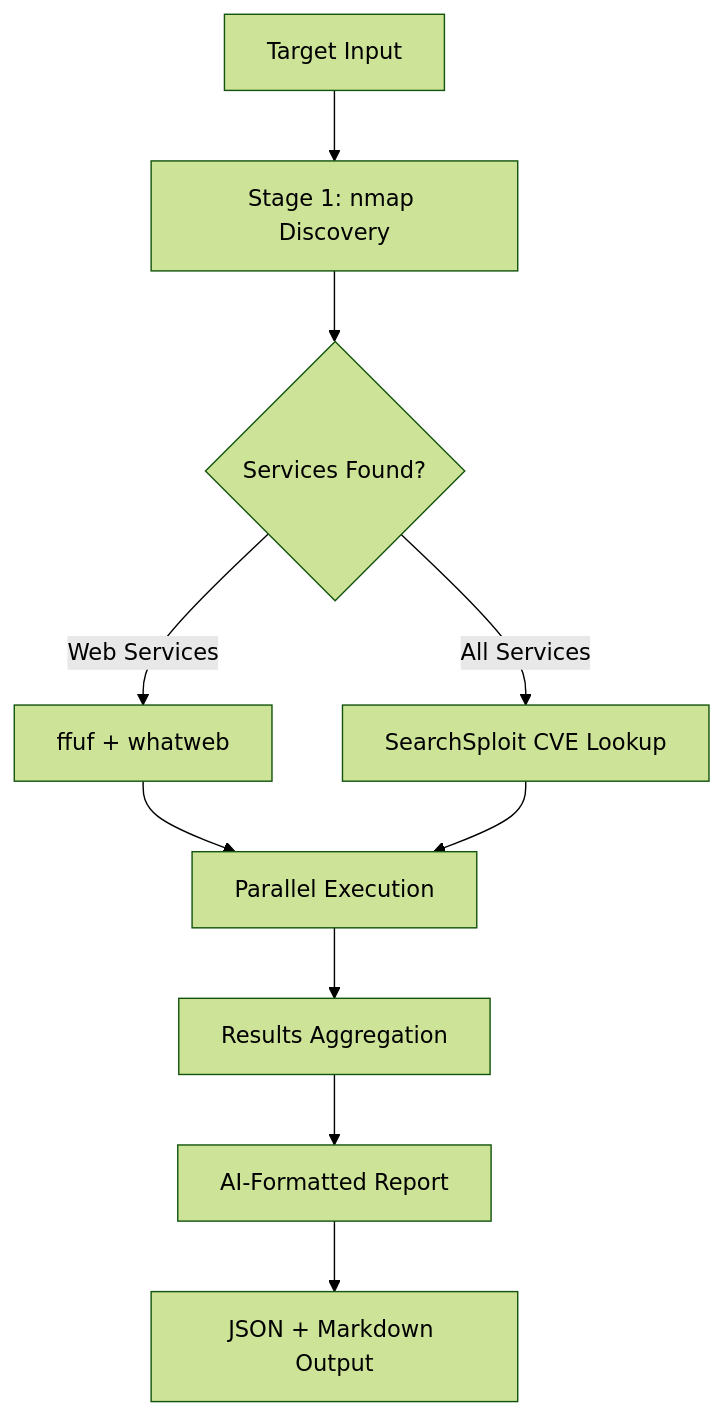
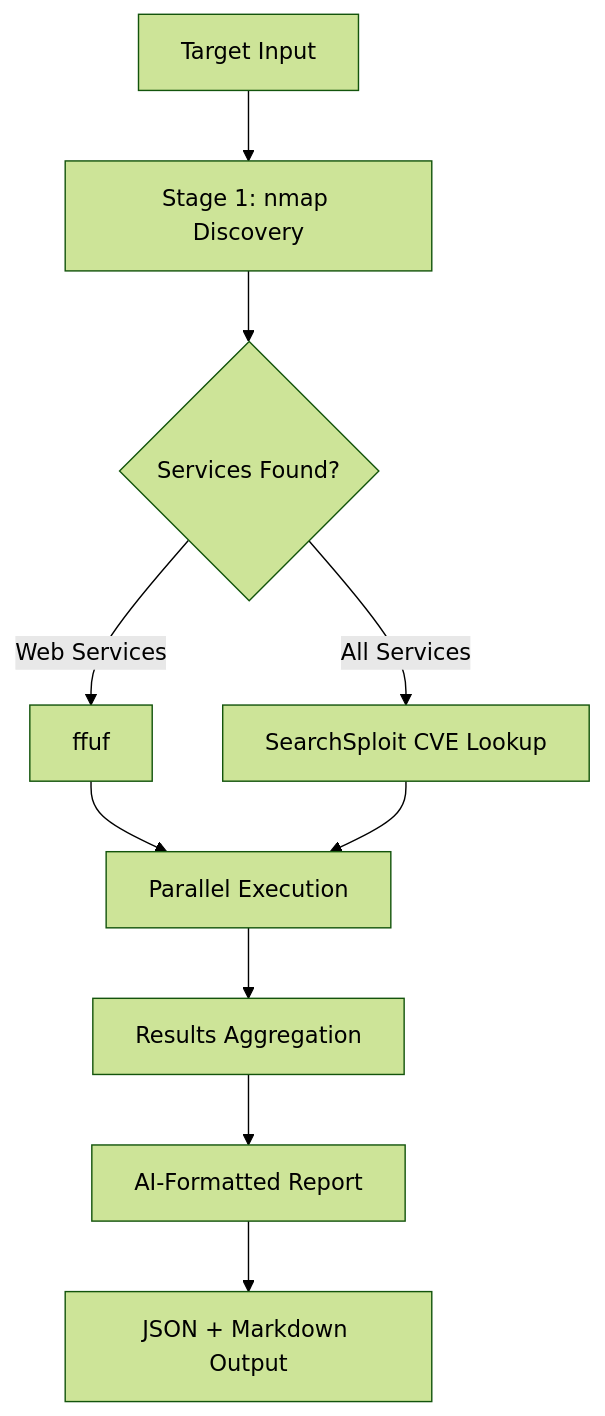
One commit to shinjonghyeop/Capstone changed the diagram in README.md. Above: the diagram before and after it, drawn with Mermaid (forest theme). The commit also changed other lines of this file and 1 other file, not shown here.

````diff
--- a/README.md
+++ b/README.md
@@ -49,12 +49,12 @@
 ```mermaid
 graph TB
     A[Target Input] --> B[Stage 1: nmap Discovery]
     B --> C{Services Found?}
-    C -->|Web Services| D[ffuf + whatweb]
+    C -->|Web Services| D[ffuf]
     C -->|All Services| E[SearchSploit CVE Lookup]
     D --> F[Parallel Execution]
     E --> F
     F --> G[Results Aggregation]
     G --> H[AI-Formatted Report]
     H --> I[JSON + Markdown Output]
 ```
````
